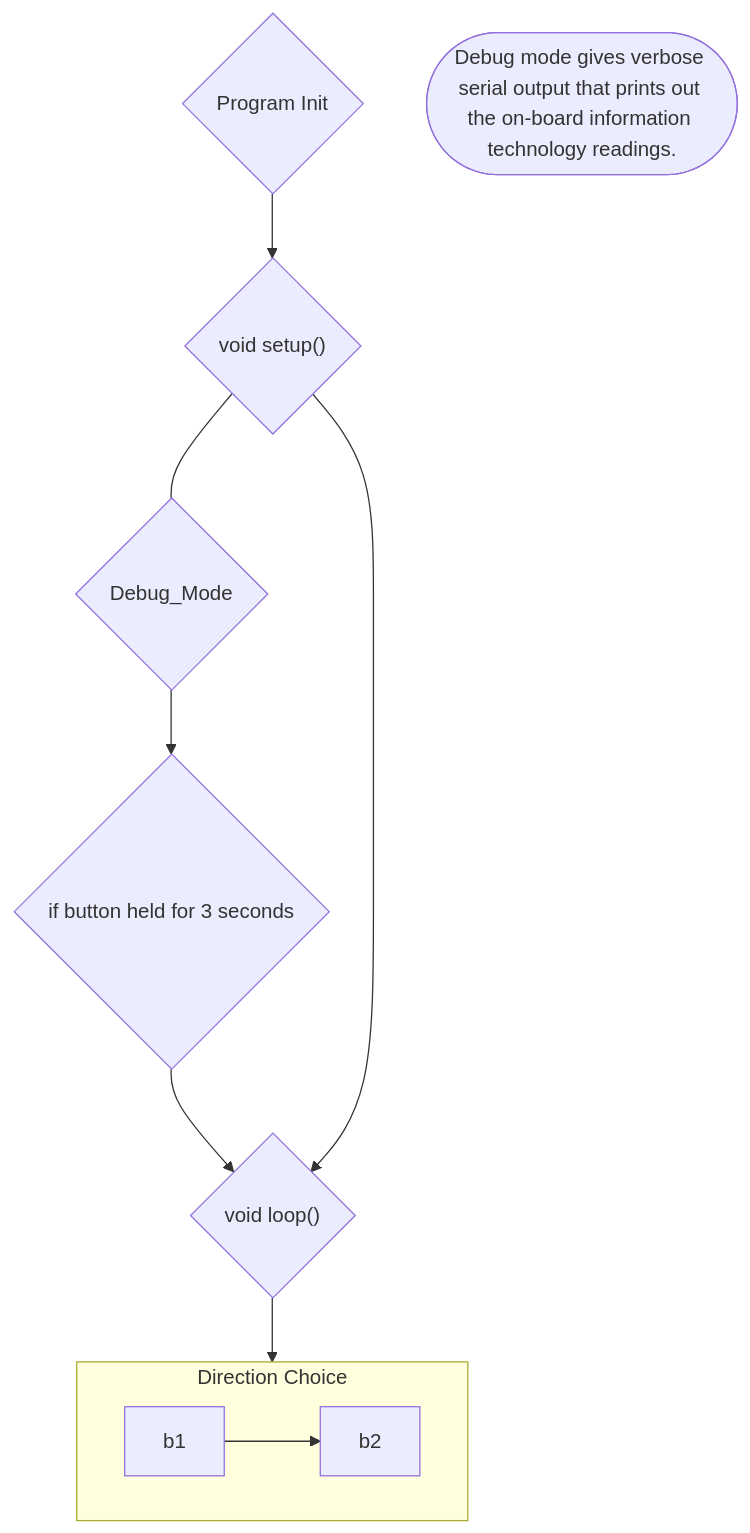
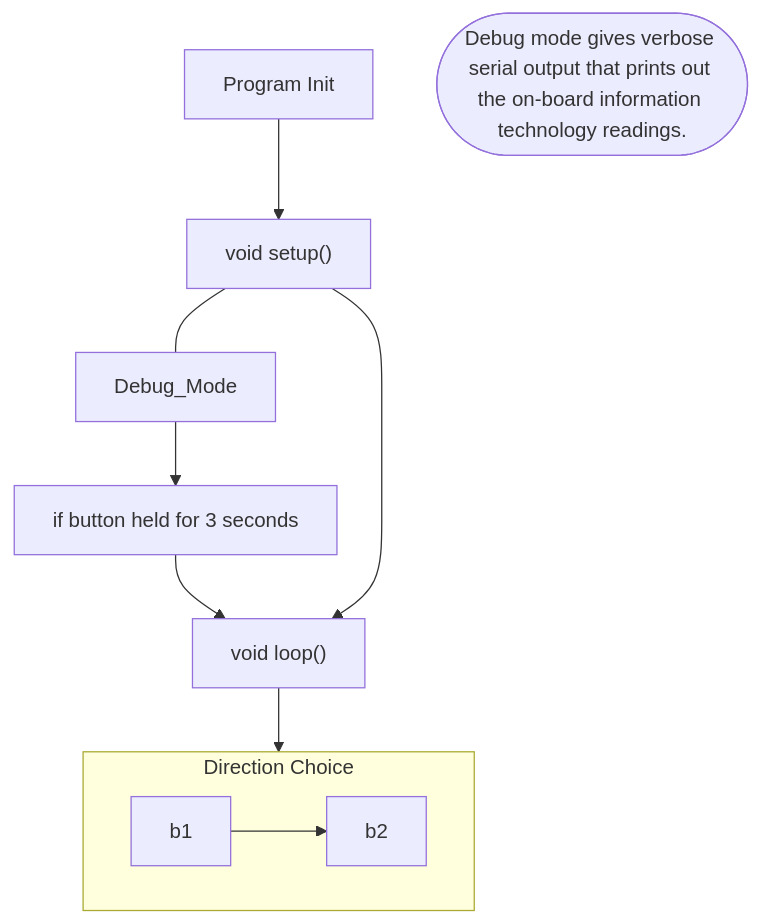
One commit to coldenate/wall-e changed the diagram in README.md. Above: the diagram before and after it, drawn with Mermaid. The commit also changed other lines of this file, not shown here.

Commit message:
Fixed up the flowchart a bit
I will add on to the flowchart when the project is done. Currently, I just need to be able to remember how to make one. 😄

````diff
--- a/README.md
+++ b/README.md
@@ -11,14 +11,14 @@
 ```mermaid
 flowchart TD
-  A{Program Init} --> B{"void setup()"} 
-  B{"void setup()"} ---  D{Debug_Mode} --> E{if button held for 3 seconds}
+  A[Program Init] --> B["void setup()"] 
+  B["void setup()"] ---  D[Debug_Mode] --> E[if button held for 3 seconds]
   id1([Debug mode gives verbose serial output that prints out the on-board information technology readings.])
   E --> C
-  B --> C{"void loop()"}
+  B --> C["void loop()"]
   C --> id2
   subgraph id2 [Direction Choice]
   b1 -->b2
   end
 
 
 ```
````
